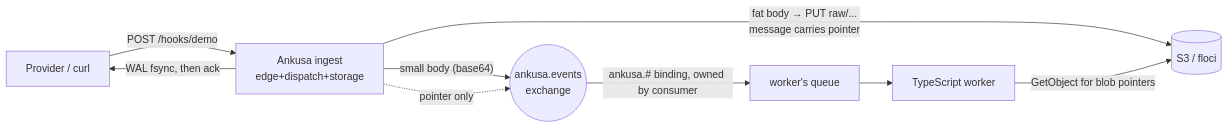
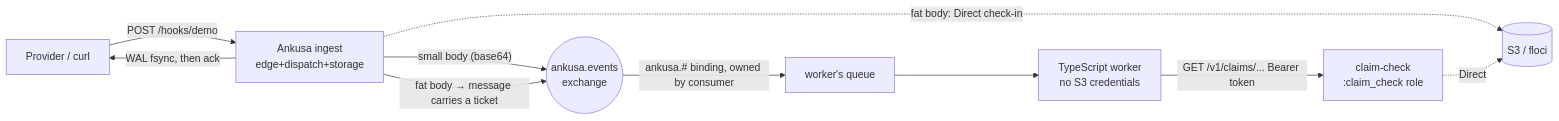
One commit to jamescarr/ankusa changed the diagram in examples/rabbitmq-consumer/README.md. Above: the diagram before and after it, drawn with Mermaid. The commit also changed other lines of this file and 36 other files, not shown here.

Commit message:
feat: add claim check gateway

````diff
--- a/examples/rabbitmq-consumer/README.md
+++ b/examples/rabbitmq-consumer/README.md
@@ -6,11 +8,12 @@
 ```mermaid
 flowchart LR
     P[Provider / curl] -->|POST /hooks/demo| I[Ankusa ingest\nedge+dispatch+storage]
     I -->|WAL fsync, then ack| P
     I -->|"small body (base64)"| X((ankusa.events\nexchange))
-    I -->|"fat body → PUT raw/...\nmessage carries pointer"| S[(S3 / floci)]
-    I -.pointer only.-> X
+    I -.fat body: Direct check-in.-> S[(S3 / floci)]
+    I -->|"fat body → message carries a ticket"| X
     X -->|ankusa.# binding, owned by consumer| Q[worker's queue]
-    Q --> W[TypeScript worker]
-    W -->|GetObject for blob pointers| S
+    Q --> W[TypeScript worker\nno S3 credentials]
+    W -->|GET /v1/claims/... Bearer token| CC[claim-check\n:claim_check role]
+    CC -.Direct.-> S
 ```
````
